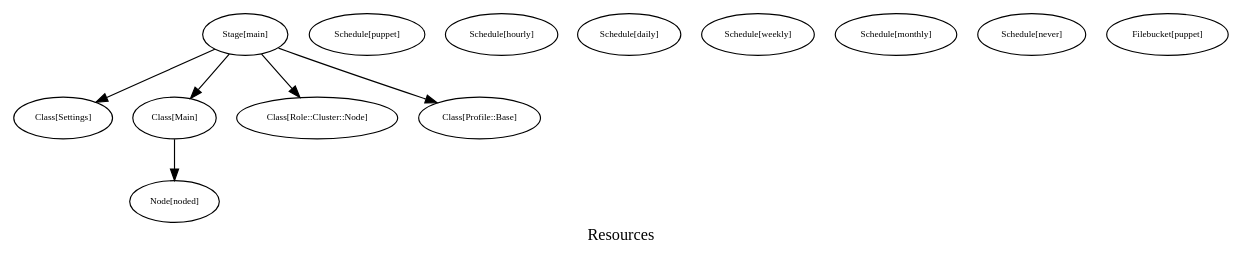
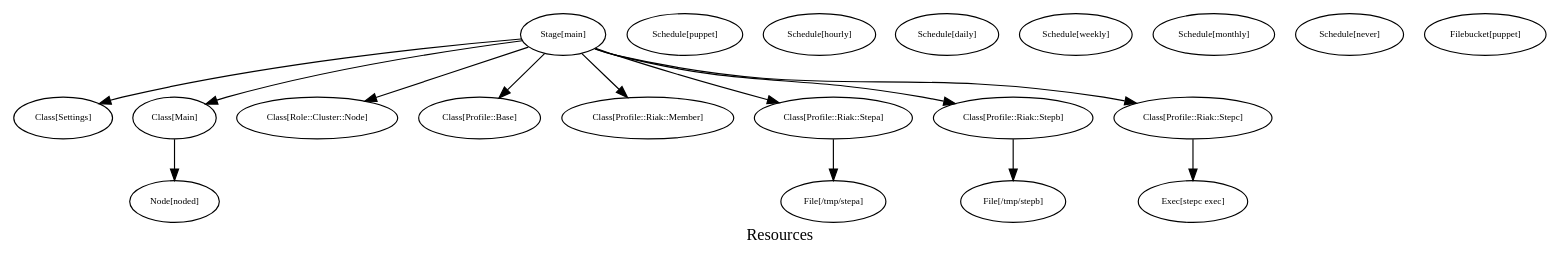
The diagram in puppet/graphs/node2/resources.dot (glickbot/riak-cs-puppet-vagrant), drawn with Graphviz before and after one commit. The commit also changed 20 other files, not shown here.

```diff
--- a/puppet/graphs/node2/resources.dot
+++ b/puppet/graphs/node2/resources.dot
@@ -1,88 +1,151 @@
 digraph Resources {
     label = "Resources"
     "Stage[main]" [
         fontsize = 8,
         label = "Stage[main]"
     ]
 
     "Class[Settings]" [
         fontsize = 8,
         label = "Class[Settings]"
     ]
 
     "Class[Main]" [
         fontsize = 8,
         label = "Class[Main]"
     ]
 
     "Node[noded]" [
         fontsize = 8,
         label = "Node[noded]"
     ]
 
     "Class[Role::Cluster::Node]" [
         fontsize = 8,
         label = "Class[Role::Cluster::Node]"
     ]
 
     "Class[Profile::Base]" [
         fontsize = 8,
         label = "Class[Profile::Base]"
+    ]
+
+    "Class[Profile::Riak::Member]" [
+        fontsize = 8,
+        label = "Class[Profile::Riak::Member]"
+    ]
+
+    "Class[Profile::Riak::Stepa]" [
+        fontsize = 8,
+        label = "Class[Profile::Riak::Stepa]"
+    ]
+
+    "File[/tmp/stepa]" [
+        fontsize = 8,
+        label = "File[/tmp/stepa]"
+    ]
+
+    "Class[Profile::Riak::Stepb]" [
+        fontsize = 8,
+        label = "Class[Profile::Riak::Stepb]"
+    ]
+
+    "File[/tmp/stepb]" [
+        fontsize = 8,
+        label = "File[/tmp/stepb]"
+    ]
+
+    "Class[Profile::Riak::Stepc]" [
+        fontsize = 8,
+        label = "Class[Profile::Riak::Stepc]"
+    ]
+
+    "Exec[stepc exec]" [
+        fontsize = 8,
+        label = "Exec[stepc exec]"
     ]
 
     "Schedule[puppet]" [
         fontsize = 8,
         label = "Schedule[puppet]"
     ]
 
     "Schedule[hourly]" [
         fontsize = 8,
         label = "Schedule[hourly]"
     ]
 
     "Schedule[daily]" [
         fontsize = 8,
         label = "Schedule[daily]"
     ]
 
     "Schedule[weekly]" [
         fontsize = 8,
         label = "Schedule[weekly]"
     ]
 
     "Schedule[monthly]" [
         fontsize = 8,
         label = "Schedule[monthly]"
     ]
 
     "Schedule[never]" [
         fontsize = 8,
         label = "Schedule[never]"
     ]
 
     "Filebucket[puppet]" [
         fontsize = 8,
         label = "Filebucket[puppet]"
     ]
 
     "Stage[main]" -> "Class[Settings]" [
         fontsize = 8
     ]
 
     "Stage[main]" -> "Class[Main]" [
         fontsize = 8
     ]
 
     "Class[Main]" -> "Node[noded]" [
         fontsize = 8
     ]
 
     "Stage[main]" -> "Class[Role::Cluster::Node]" [
         fontsize = 8
     ]
 
     "Stage[main]" -> "Class[Profile::Base]" [
         fontsize = 8
     ]
 
+    "Stage[main]" -> "Class[Profile::Riak::Member]" [
+        fontsize = 8
+    ]
+
+    "Stage[main]" -> "Class[Profile::Riak::Stepa]" [
+        fontsize = 8
+    ]
+
+    "Class[Profile::Riak::Stepa]" -> "File[/tmp/stepa]" [
+        fontsize = 8
+    ]
+
+    "Stage[main]" -> "Class[Profile::Riak::Stepb]" [
+        fontsize = 8
+    ]
+
+    "Class[Profile::Riak::Stepb]" -> "File[/tmp/stepb]" [
+        fontsize = 8
+    ]
+
+    "Stage[main]" -> "Class[Profile::Riak::Stepc]" [
+        fontsize = 8
+    ]
+
+    "Class[Profile::Riak::Stepc]" -> "Exec[stepc exec]" [
+        fontsize = 8
+    ]
+
 }
```
